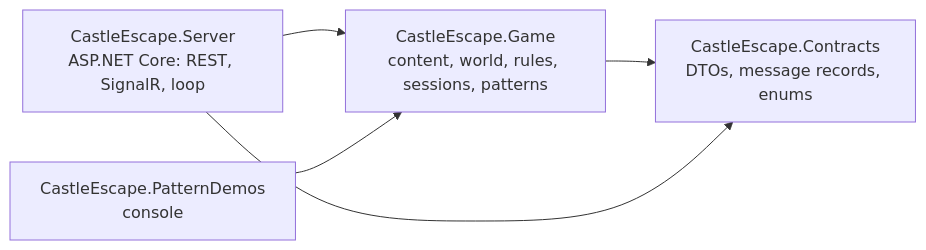
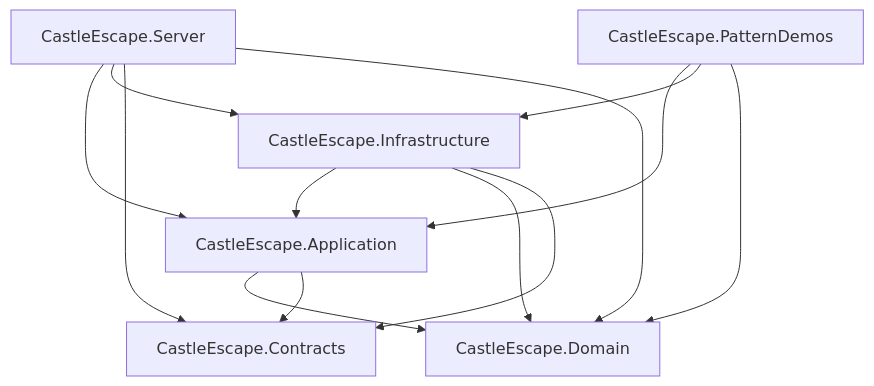
The first of 2 diagrams in docs/ARCHITECTURE.md (YoBoyJonas/OPP), drawn with Mermaid before and after one commit. The commit also changed other lines of this file and 335 other files, not shown here.

````diff
--- a/docs/ARCHITECTURE.md
+++ b/docs/ARCHITECTURE.md
@@ -5,11 +9,15 @@
 ```mermaid
-flowchart LR
-    Contracts["CastleEscape.Contracts<br/>DTOs, message records, enums"]
-    Game["CastleEscape.Game<br/>content, world, rules, sessions, patterns"]
-    Server["CastleEscape.Server<br/>ASP.NET Core: REST, SignalR, loop"]
-    Demos["CastleEscape.PatternDemos<br/>console"]
-    Game --> Contracts
-    Server --> Game
-    Server --> Contracts
-    Demos --> Game
+flowchart TD
+    Server[CastleEscape.Server] --> Application[CastleEscape.Application]
+    Server --> Infrastructure[CastleEscape.Infrastructure]
+    Server --> Contracts[CastleEscape.Contracts]
+    Server --> Domain[CastleEscape.Domain]
+    Infrastructure --> Application
+    Infrastructure --> Domain
+    Infrastructure --> Contracts
+    Application --> Domain
+    Application --> Contracts
+    Tools[CastleEscape.PatternDemos] --> Application
+    Tools --> Infrastructure
+    Tools --> Domain
 ```
````
